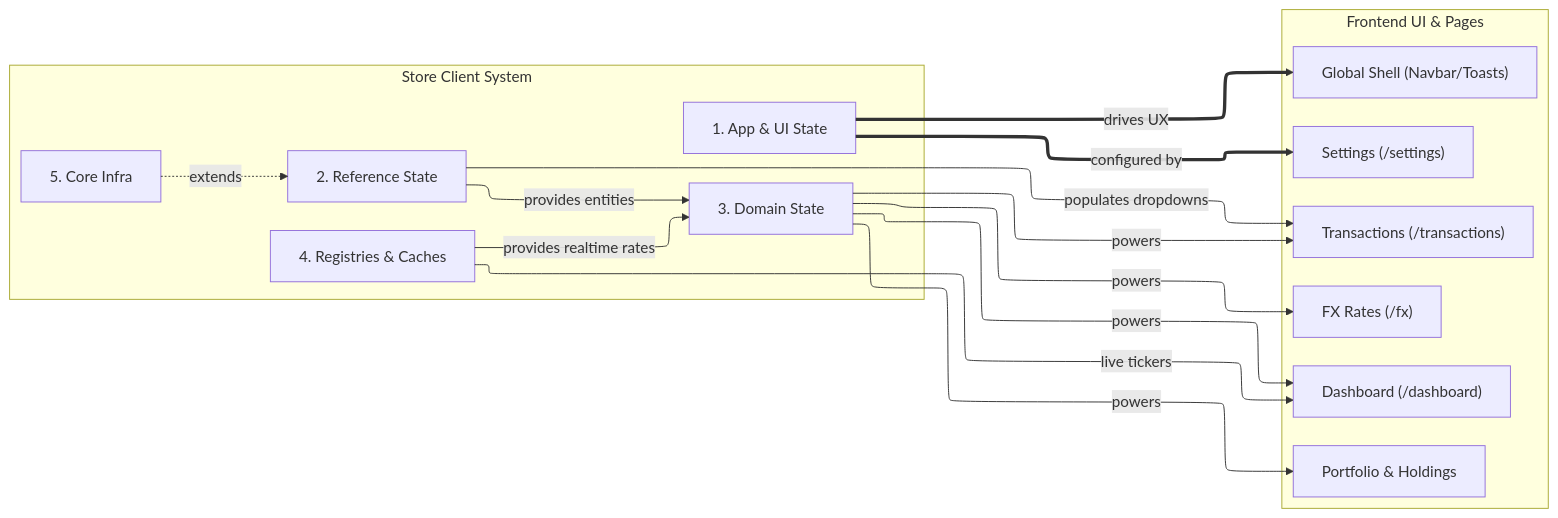
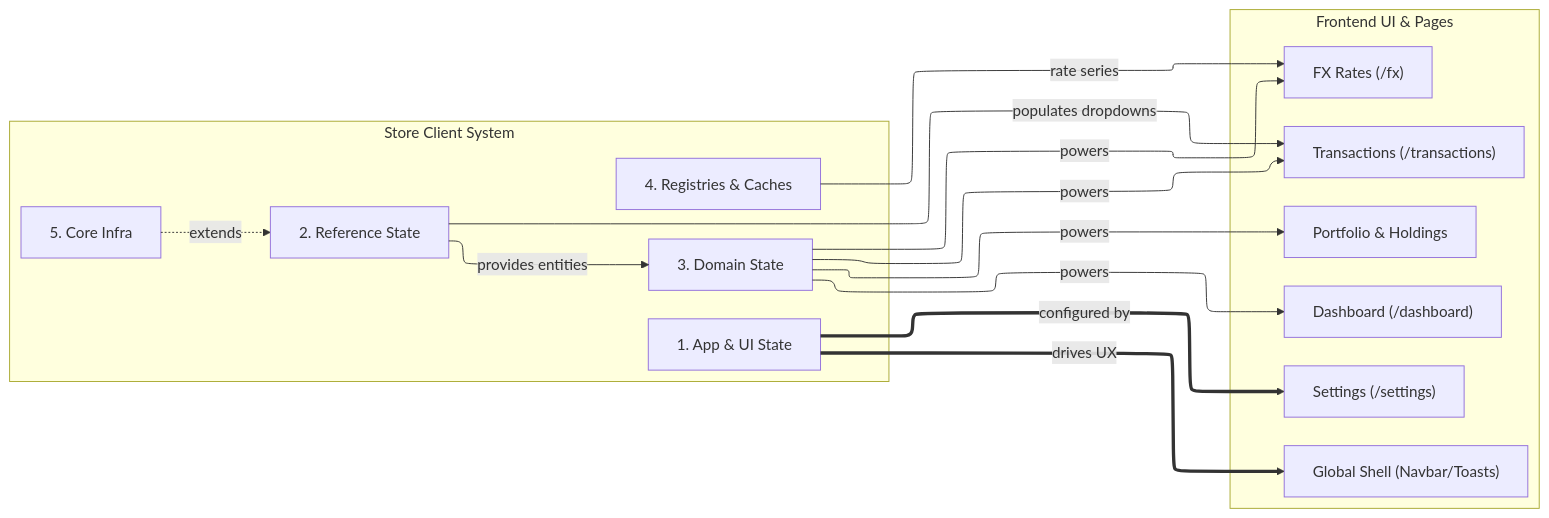
One commit to Librefolio/LibreFolio changed the diagram in mkdocs_src/docs/developer/frontend/state/index.md. Above: the diagram before and after it, drawn with Mermaid. The commit also changed other lines of this file and 6 other files, not shown here.

````diff
--- a/mkdocs_src/docs/developer/frontend/state/index.md
+++ b/mkdocs_src/docs/developer/frontend/state/index.md
@@ -21,38 +21,37 @@
 ```mermaid
 ---
 config:
   layout: elk
 ---
 graph LR
     subgraph UI ["Frontend UI & Pages"]
         UI_Dash["Dashboard (/dashboard)"]
         UI_Port["Portfolio & Holdings"]
         UI_Set["Settings (/settings)"]
         UI_Trans["Transactions (/transactions)"]
         UI_FX["FX Rates (/fx)"]
         UI_Nav["Global Shell (Navbar/Toasts)"]
     end
 
     subgraph Stores ["Store Client System"]
         S_App["1. App & UI State"]
         S_Ref["2. Reference State"]
         S_Dom["3. Domain State"]
         S_Reg["4. Registries & Caches"]
         S_Core["5. Core Infra"]
     end
 
     S_Core -.->|extends| S_Ref
     S_Ref -->|provides entities| S_Dom
-    S_Reg -->|provides realtime rates| S_Dom
 
     S_App ===>|drives UX| UI_Nav
     S_App ===>|configured by| UI_Set
 
     S_Dom --->|powers| UI_Dash
     S_Dom --->|powers| UI_Port
     S_Dom --->|powers| UI_Trans
     S_Dom --->|powers| UI_FX
     
     S_Ref --->|populates dropdowns| UI_Trans
-    S_Reg --->|live tickers| UI_Dash
+    S_Reg --->|rate series| UI_FX
 ```
````
